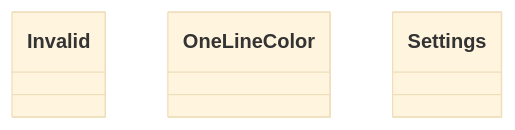
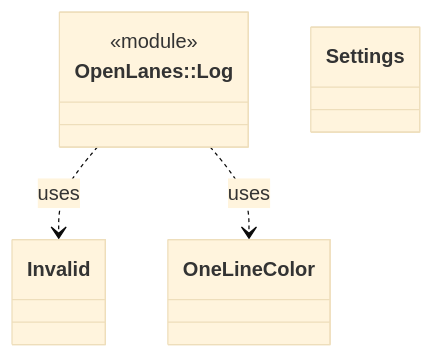
One commit to kigster/openlanes changed the diagram in docs/architecture/openlanes-log.md. Above: the diagram before and after it, drawn with Mermaid (base theme). The commit also changed 33 other files, not shown here.

````diff
--- a/docs/architecture/openlanes-log.md
+++ b/docs/architecture/openlanes-log.md
@@ -5,6 +5,10 @@
 ```mermaid
 classDiagram
+  class OpenLanes__Log["OpenLanes::Log"]
+  <<module>> OpenLanes__Log
   class OpenLanes__Log__Invalid["Invalid"]
   class OpenLanes__Log__OneLineColor["OneLineColor"]
   class OpenLanes__Log__Settings["Settings"]
+  OpenLanes__Log ..> OpenLanes__Log__Invalid : uses
+  OpenLanes__Log ..> OpenLanes__Log__OneLineColor : uses
 ```
````
